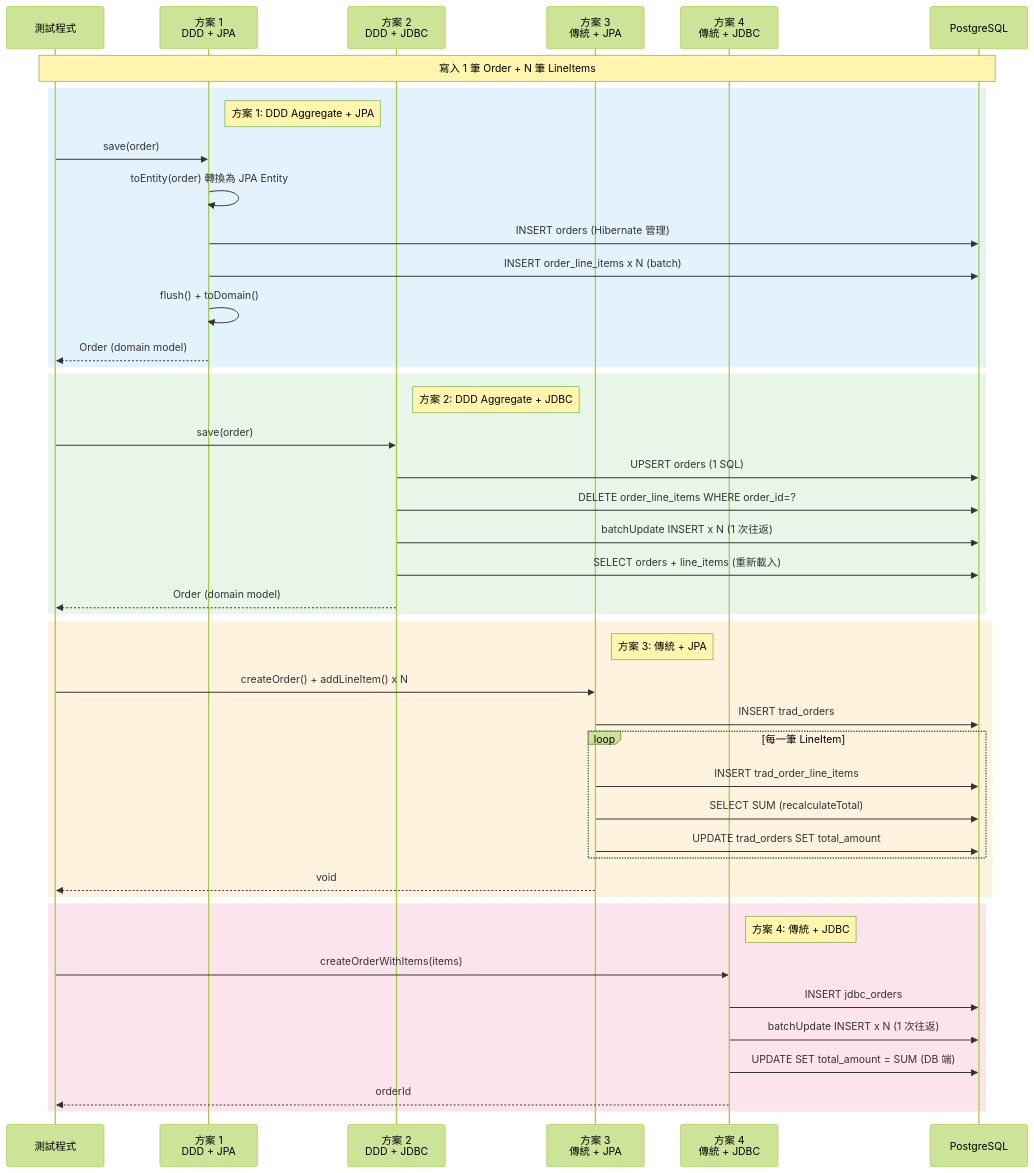
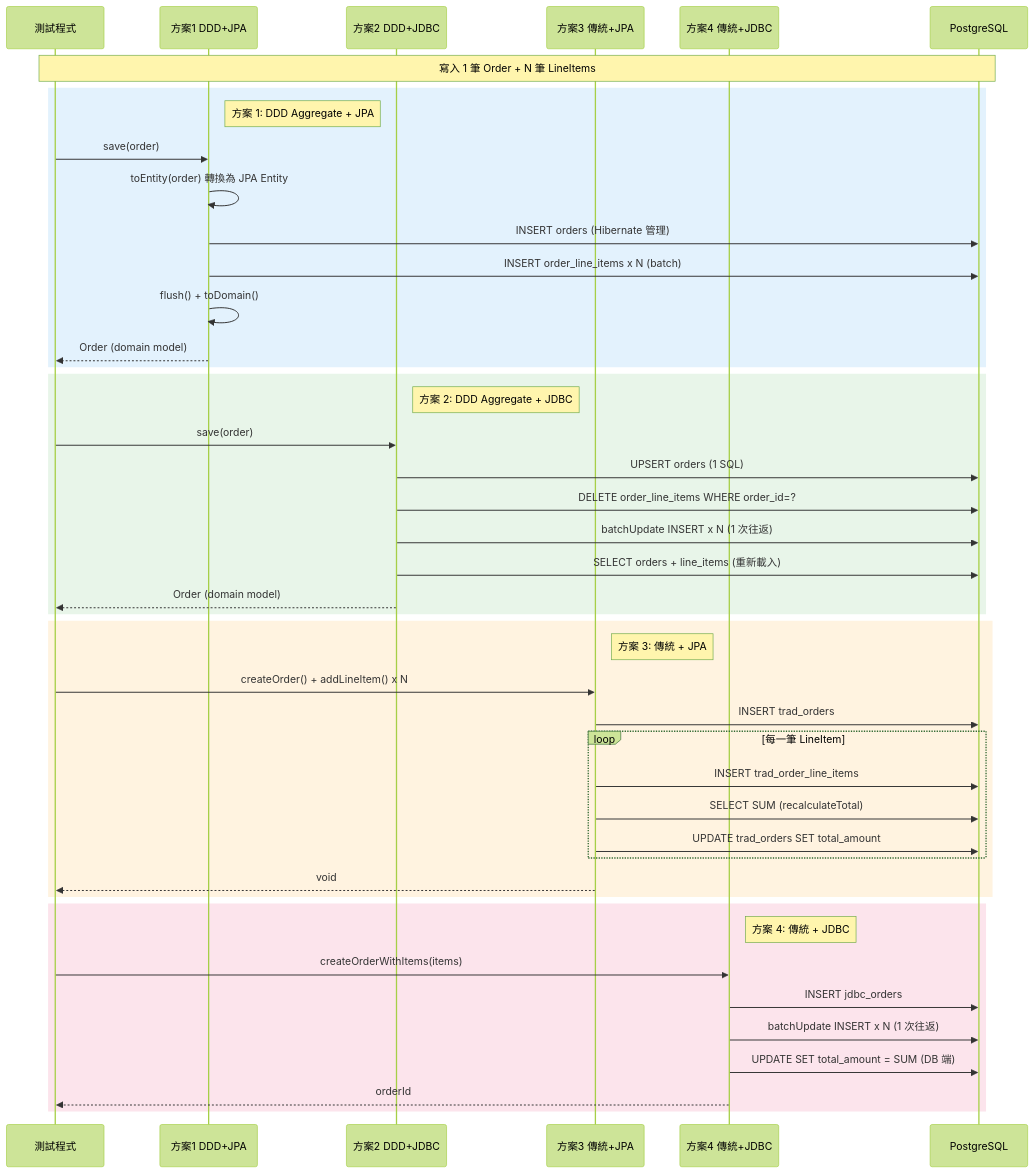
The sixth of 14 diagrams in README.md (ChunPingWang/domain-data-model-comparison), drawn with Mermaid (forest theme) before and after one commit. The commit also changed other lines of this file, not shown here.

First line of the commit message:
修正 Mermaid 序列圖渲染問題與 README 章節順序調整

````diff
--- a/README.md
+++ b/README.md
@@ -411,52 +412,52 @@
 ```mermaid
 sequenceDiagram
     participant Test as 測試程式
-    participant DddJpa as 方案 1<br/>DDD + JPA
-    participant DddJdbc as 方案 2<br/>DDD + JDBC
-    participant TradJpa as 方案 3<br/>傳統 + JPA
-    participant TradJdbc as 方案 4<br/>傳統 + JDBC
+    participant DddJpa as 方案1 DDD+JPA
+    participant DddJdbc as 方案2 DDD+JDBC
+    participant TradJpa as 方案3 傳統+JPA
+    participant TradJdbc as 方案4 傳統+JDBC
     participant DB as PostgreSQL
 
     Note over Test,DB: 寫入 1 筆 Order + N 筆 LineItems
 
     rect rgb(227, 242, 253)
         Note right of DddJpa: 方案 1: DDD Aggregate + JPA
         Test->>DddJpa: save(order)
         DddJpa->>DddJpa: toEntity(order) 轉換為 JPA Entity
         DddJpa->>DB: INSERT orders (Hibernate 管理)
         DddJpa->>DB: INSERT order_line_items x N (batch)
         DddJpa->>DddJpa: flush() + toDomain()
         DddJpa-->>Test: Order (domain model)
     end
 
     rect rgb(232, 245, 233)
         Note right of DddJdbc: 方案 2: DDD Aggregate + JDBC
         Test->>DddJdbc: save(order)
         DddJdbc->>DB: UPSERT orders (1 SQL)
         DddJdbc->>DB: DELETE order_line_items WHERE order_id=?
         DddJdbc->>DB: batchUpdate INSERT x N (1 次往返)
         DddJdbc->>DB: SELECT orders + line_items (重新載入)
         DddJdbc-->>Test: Order (domain model)
     end
 
     rect rgb(255, 243, 224)
         Note right of TradJpa: 方案 3: 傳統 + JPA
         Test->>TradJpa: createOrder() + addLineItem() x N
         TradJpa->>DB: INSERT trad_orders
         loop 每一筆 LineItem
             TradJpa->>DB: INSERT trad_order_line_items
             TradJpa->>DB: SELECT SUM (recalculateTotal)
             TradJpa->>DB: UPDATE trad_orders SET total_amount
         end
         TradJpa-->>Test: void
     end
 
     rect rgb(252, 228, 236)
         Note right of TradJdbc: 方案 4: 傳統 + JDBC
         Test->>TradJdbc: createOrderWithItems(items)
         TradJdbc->>DB: INSERT jdbc_orders
         TradJdbc->>DB: batchUpdate INSERT x N (1 次往返)
         TradJdbc->>DB: UPDATE SET total_amount = SUM (DB 端)
         TradJdbc-->>Test: orderId
     end
 ```
````
